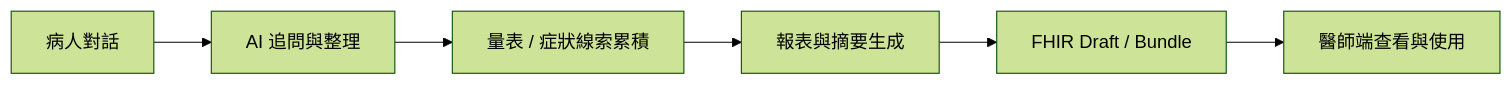
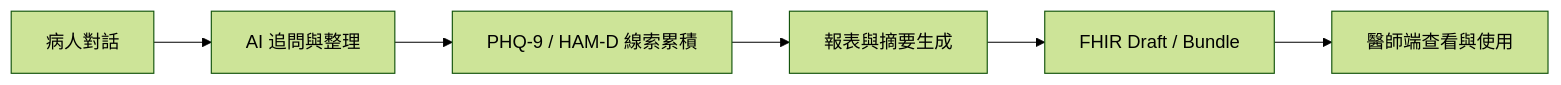
Before and after one commit to JustinYen0531/FHIR-RouRou-AI-Companion: the second of 5 diagrams in 工程文件入口/決賽更新/情境與使用者分析_三頁簡報文本.md, drawn with Mermaid (forest theme). The commit also changed other lines of this file, not shown here.

Commit message:
docs: adjust role traffic chart labels

````diff
--- a/工程文件入口/決賽更新/情境與使用者分析_三頁簡報文本.md
+++ b/工程文件入口/決賽更新/情境與使用者分析_三頁簡報文本.md
@@ -171,8 +195,8 @@
 ```mermaid
 flowchart LR
     A["病人對話"] --> B["AI 追問與整理"]
-    B --> C["量表 / 症狀線索累積"]
+    B --> C["PHQ-9 / HAM-D 線索累積"]
     C --> D["報表與摘要生成"]
     D --> E["FHIR Draft / Bundle"]
     E --> F["醫師端查看與使用"]
 ```
````
